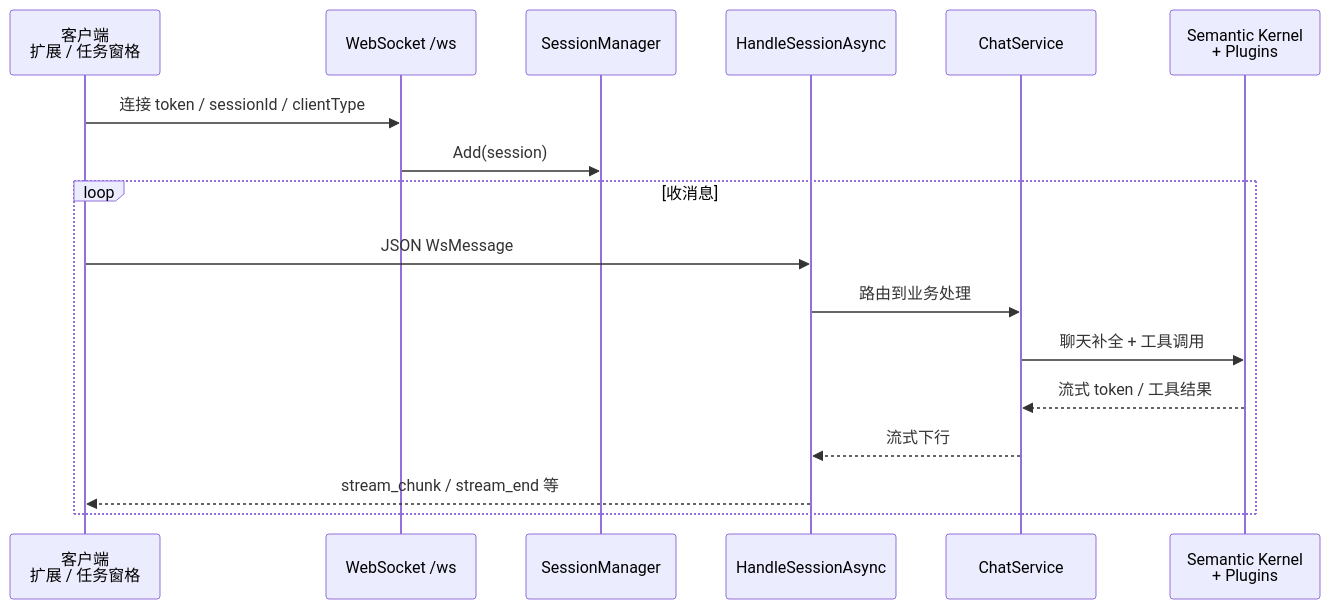
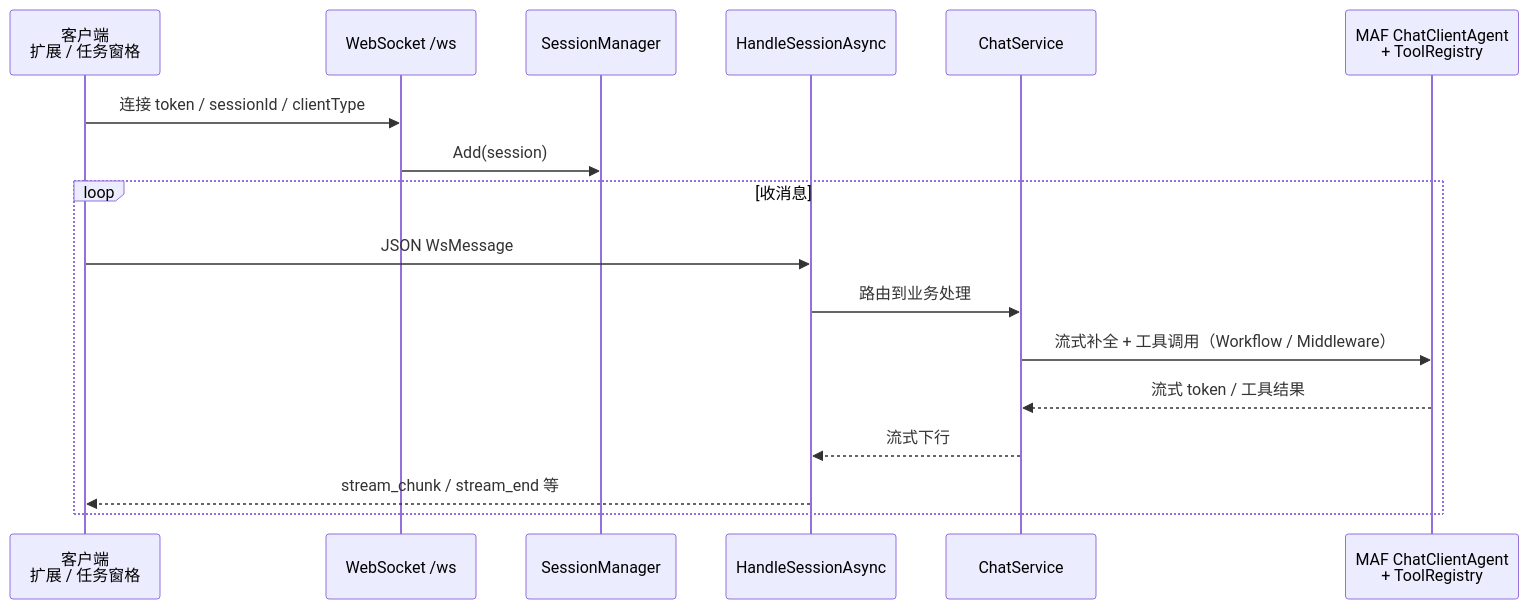
One commit to torsilver/OpenWorkmate changed the fifth of 10 diagrams in docs/architecture-dimensions.md. Above: the diagram before and after it, drawn with Mermaid. The commit also changed other lines of this file and 13 other files, not shown here.

````diff
--- a/docs/architecture-dimensions.md
+++ b/docs/architecture-dimensions.md
@@ -135,20 +137,20 @@
 ```mermaid
 sequenceDiagram
   participant C as 客户端<br/>扩展 / 任务窗格
   participant W as WebSocket /ws
   participant SM as SessionManager
   participant H as HandleSessionAsync
   participant CH as ChatService
-  participant K as Semantic Kernel<br/>+ Plugins
+  participant MAF as MAF ChatClientAgent<br/>+ ToolRegistry
 
   C->>W: 连接 token / sessionId / clientType
   W->>SM: Add(session)
   loop 收消息
     C->>H: JSON WsMessage
     H->>CH: 路由到业务处理
-    CH->>K: 聊天补全 + 工具调用
-    K-->>CH: 流式 token / 工具结果
+    CH->>MAF: 流式补全 + 工具调用（Workflow / Middleware）
+    MAF-->>CH: 流式 token / 工具结果
     CH-->>H: 流式下行
     H-->>C: stream_chunk / stream_end 等
   end
 ```
````
